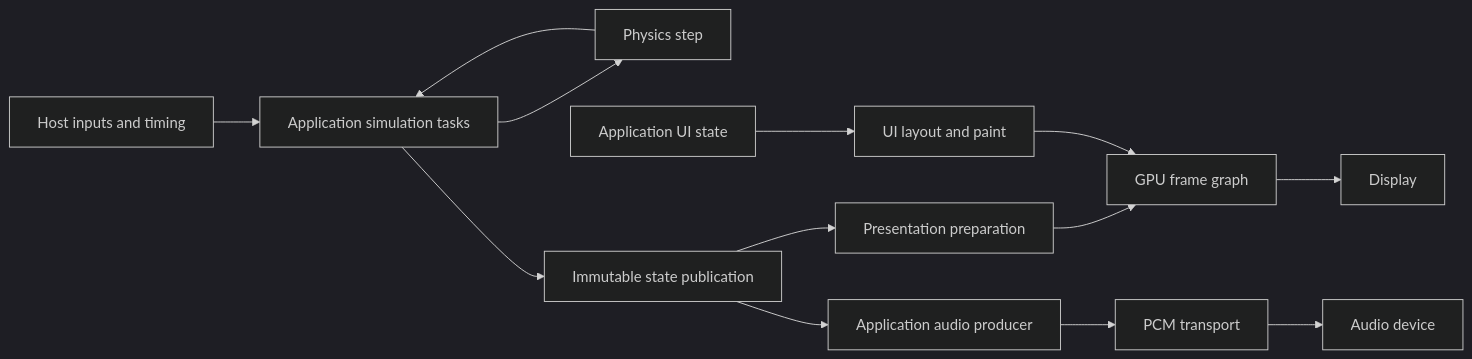
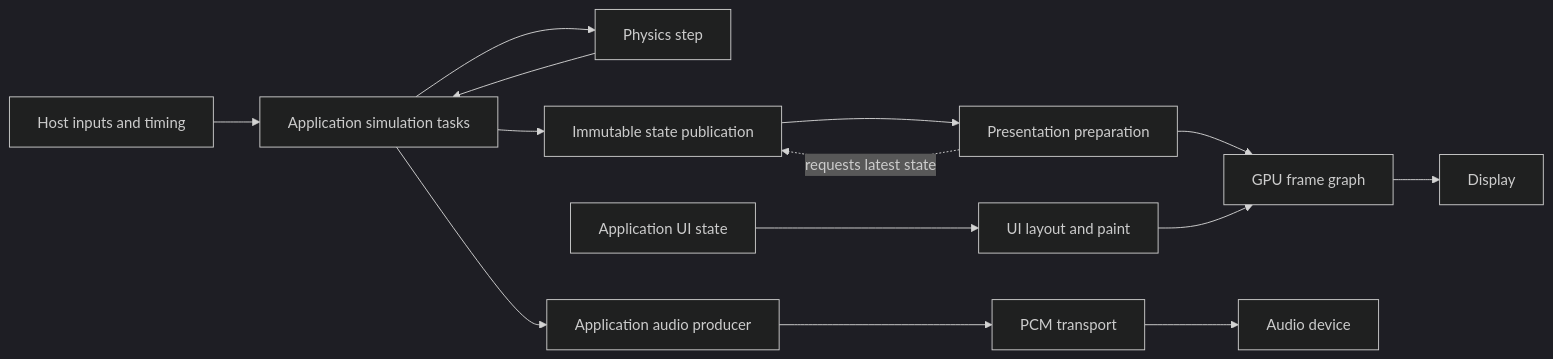
Before and after one commit to algu1984/riviera-engine: the second of 2 diagrams in docs/ENGINE_DESIGN.md, drawn with Mermaid (dark theme). The commit also changed other lines of this file and 7 other files, not shown here.

````diff
--- a/docs/ENGINE_DESIGN.md
+++ b/docs/ENGINE_DESIGN.md
@@ -75,15 +88,16 @@
 ```mermaid
 flowchart LR
     Host["Host inputs and timing"] --> Sim["Application simulation tasks"]
     Sim --> Physics["Physics step"]
     Physics --> Sim
     Sim --> Publish["Immutable state publication"]
     Publish --> Prepare["Presentation preparation"]
     Prepare --> Graph["GPU frame graph"]
     Graph --> Screen["Display"]
-    Publish --> Sound["Application audio producer"]
+    Sim --> Sound["Application audio producer"]
+    Prepare -. "requests latest state" .-> Publish
     Sound --> PCM["PCM transport"]
     PCM --> Device["Audio device"]
     AppUI["Application UI state"] --> UI["UI layout and paint"]
     UI --> Graph
 ```
````
